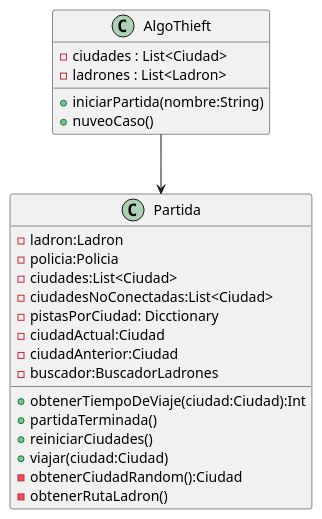
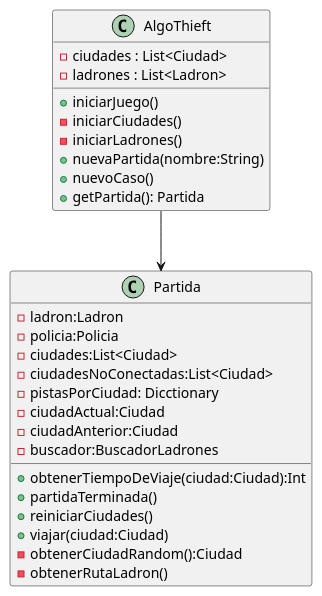
Before and after one commit to SeleneMartinez/Algo3_AlgoThief: the diagram in diagrams/classes/dc_juego.plantuml, drawn with PlantUML. The commit also changed 5 other files, not shown here.

Commit message:
agrego un diagrama de clase y modifico otros

```diff
--- a/diagrams/classes/dc_juego.plantuml
+++ b/diagrams/classes/dc_juego.plantuml
@@ -1,32 +1,37 @@
 @startuml
 class AlgoThieft
 {
 
     -ciudades : List<Ciudad>
     -ladrones : List<Ladron>
-    + iniciarPartida(nombre:String)
-    + nuveoCaso()
+    + iniciarJuego()
+    - iniciarCiudades()
+    - iniciarLadrones()
+    + nuevaPartida(nombre:String)
+    + nuevoCaso()
+    + getPartida(): Partida
+
 }
 
 class Partida
 {
     - ladron:Ladron
     - policia:Policia
     - ciudades:List<Ciudad>
     - ciudadesNoConectadas:List<Ciudad>
     - pistasPorCiudad: Dicctionary
     - ciudadActual:Ciudad 
     - ciudadAnterior:Ciudad 
     - buscador:BuscadorLadrones 
 
 
     + obtenerTiempoDeViaje(ciudad:Ciudad):Int
     + partidaTerminada()
     + reiniciarCiudades()
     + viajar(ciudad:Ciudad)
     - obtenerCiudadRandom():Ciudad
     - obtenerRutaLadron()
 }
 AlgoThieft --> Partida
 
 @enduml
```
